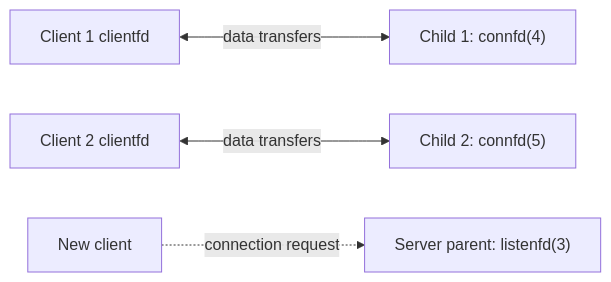
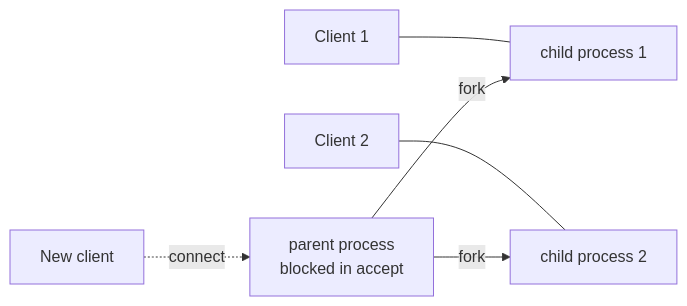
One commit to alvinnew100/grand-line-study-guide changed the first of 3 diagrams in src/csapp/lessons/31-concurrency-models.md. Above: the diagram before and after it, drawn with Mermaid. The commit also changed other lines of this file and 47 other files, not shown here.

````diff
--- a/src/csapp/lessons/31-concurrency-models.md
+++ b/src/csapp/lessons/31-concurrency-models.md
@@ -27,6 +82,8 @@
 ```mermaid
-graph LR
-  C1[Client 1 clientfd] <-->|data transfers| CH1["Child 1: connfd(4)"]
-  C2[Client 2 clientfd] <-->|data transfers| CH2["Child 2: connfd(5)"]
-  C3[New client] -.->|connection request| P["Server parent: listenfd(3)"]
+flowchart LR
+    C1[Client 1] --- K1[child process 1]
+    C2[Client 2] --- K2[child process 2]
+    New[New client] -. connect .-> P[parent process<br/>blocked in accept]
+    P -- fork --> K1
+    P -- fork --> K2
 ```
````
